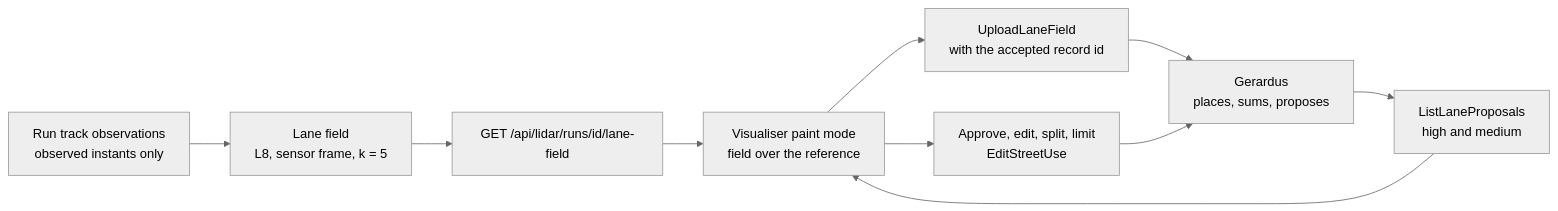
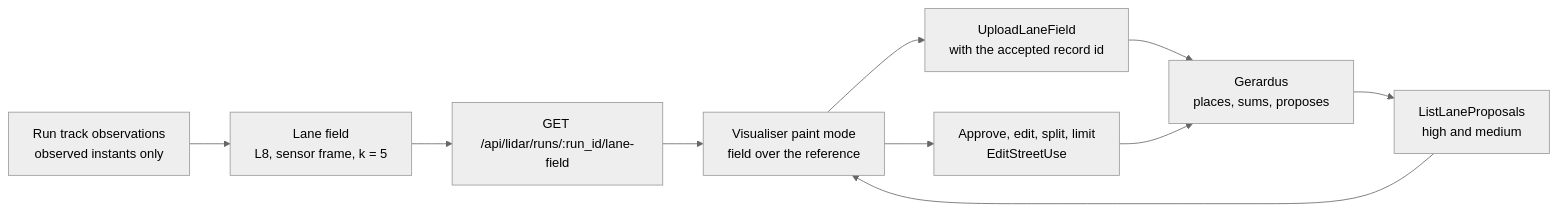
One commit to banshee-data/velocity.report changed the diagram in docs/plans/lidar-lane-proposals-from-tracks-plan.md. Above: the diagram before and after it, drawn with Mermaid (neutral theme). The commit also changed other lines of this file and 5 other files, not shown here.

````diff
--- a/docs/plans/lidar-lane-proposals-from-tracks-plan.md
+++ b/docs/plans/lidar-lane-proposals-from-tracks-plan.md
@@ -38,12 +38,12 @@
 ```mermaid
 flowchart LR
   O[Run track observations<br/>observed instants only] --> F[Lane field<br/>L8, sensor frame, k = 5]
-  F --> E[GET /api/lidar/runs/id/lane-field]
+  F --> E[GET /api/lidar/runs/:run_id/lane-field]
   E --> V[Visualiser paint mode<br/>field over the reference]
   V --> U[UploadLaneField<br/>with the accepted record id]
   U --> G[Gerardus<br/>places, sums, proposes]
   G --> P[ListLaneProposals<br/>high and medium]
   P --> V
   V --> A[Approve, edit, split, limit<br/>EditStreetUse]
   A --> G
 ```
````
